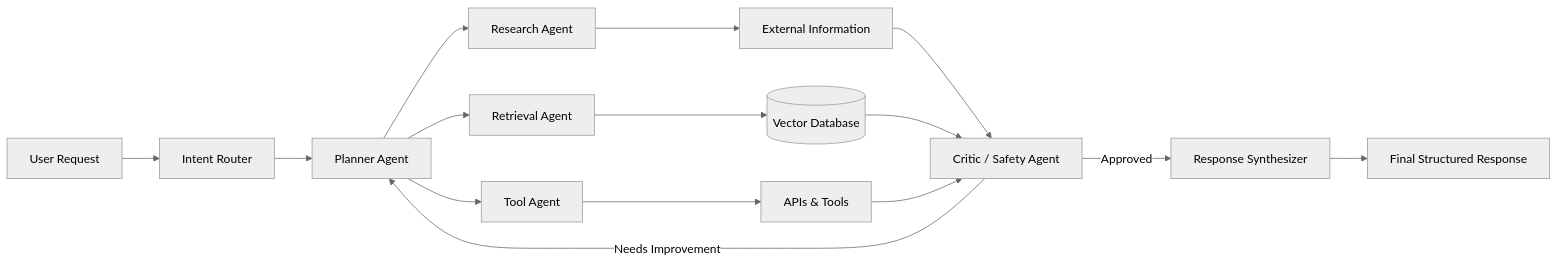
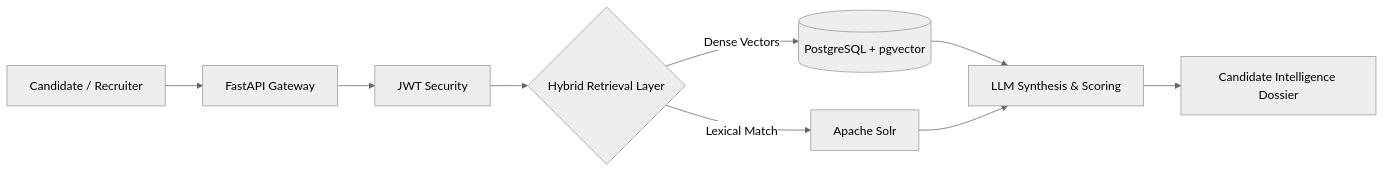
The third of 4 diagrams in README.md (saumyasrivastava21/saumyasrivastava21), drawn with Mermaid (neutral theme) before and after one commit. The commit also changed other lines of this file, not shown here.

````diff
--- a/README.md
+++ b/README.md
@@ -378,17 +167,11 @@
 ```mermaid
 flowchart LR
-    U[User Request] --> R[Intent Router]
-    R --> P[Planner Agent]
-    P --> RE[Research Agent]
-    P --> RET[Retrieval Agent]
-    P --> T[Tool Agent]
-    RE --> WEB[External Information]
-    RET --> VDB[(Vector Database)]
-    T --> API[APIs & Tools]
-    WEB --> C[Critic / Safety Agent]
-    VDB --> C
-    API --> C
-    C -->|Needs Improvement| P
-    C -->|Approved| S[Response Synthesizer]
-    S --> F[Final Structured Response]
+    Candidate[Candidate / Recruiter] --> API[FastAPI Gateway]
+    API --> Auth[JWT Security]
+    Auth --> Retrieval{Hybrid Retrieval Layer}
+    Retrieval -->|Dense Vectors| VDB[(PostgreSQL + pgvector)]
+    Retrieval -->|Lexical Match| Solr[Apache Solr]
+    VDB --> Ranker[LLM Synthesis & Scoring]
+    Solr --> Ranker
+    Ranker --> Output[Candidate Intelligence Dossier]
 ```
````
